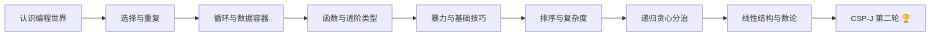
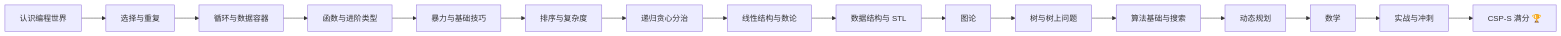
Before and after one commit to AlanWhiteDJ/noi_roadmap: the diagram in docs/index.md, drawn with Mermaid. The commit also changed other lines of this file, not shown here.

Commit message:
fix(首页): 介绍与学习路线改为全书

````diff
--- a/docs/index.md
+++ b/docs/index.md
@@ -64,11 +64,18 @@
 ```mermaid
 graph LR
     M1[认识编程世界] --> M2[选择与重复]
     M2 --> M3[循环与数据容器]
     M3 --> M4[函数与进阶类型]
     M4 --> M5[暴力与基础技巧]
     M5 --> M6[排序与复杂度]
     M6 --> M7[递归贪心分治]
     M7 --> M8[线性结构与数论]
-    M8 --> CSP-J[CSP-J 第二轮 🏆]
+    M8 --> M9[数据结构与 STL]
+    M9 --> M10[图论]
+    M10 --> M11[树与树上问题]
+    M11 --> M12[算法基础与搜索]
+    M12 --> M13[动态规划]
+    M13 --> M14[数学]
+    M14 --> M15[实战与冲刺]
+    M15 --> CSP-S[CSP-S 满分 🏆]
 ```
````
